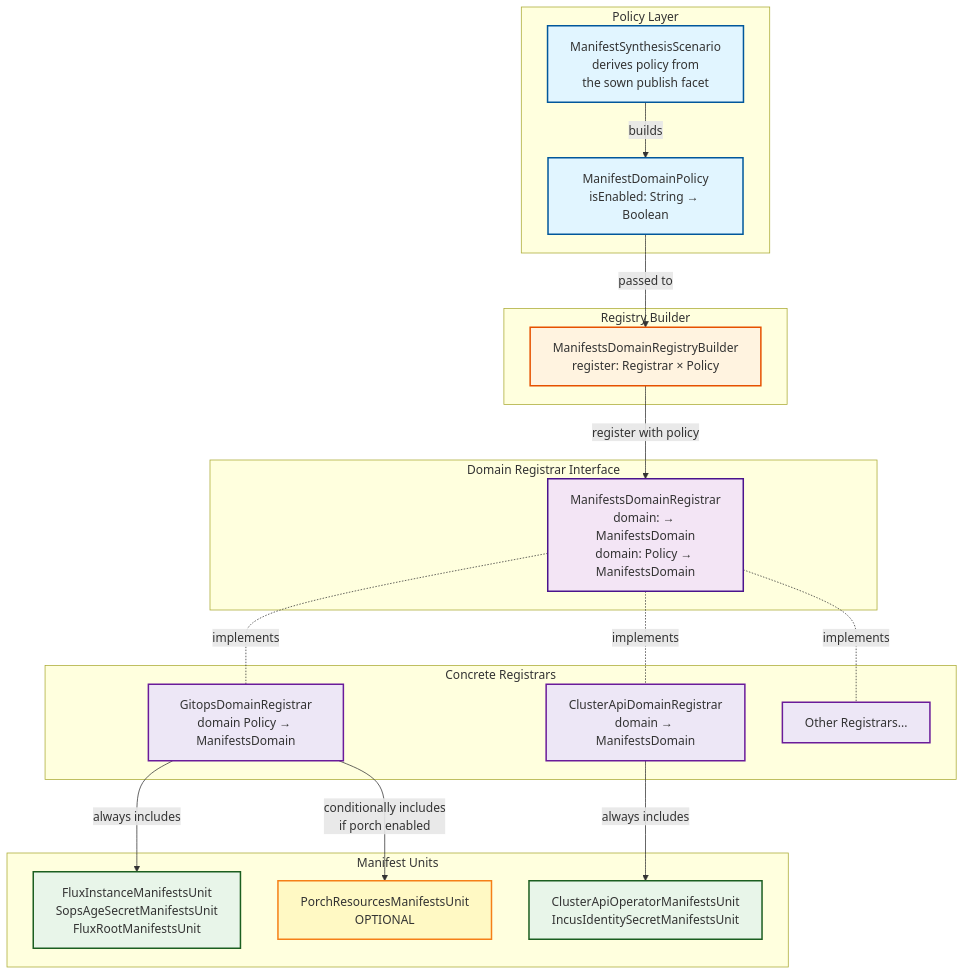
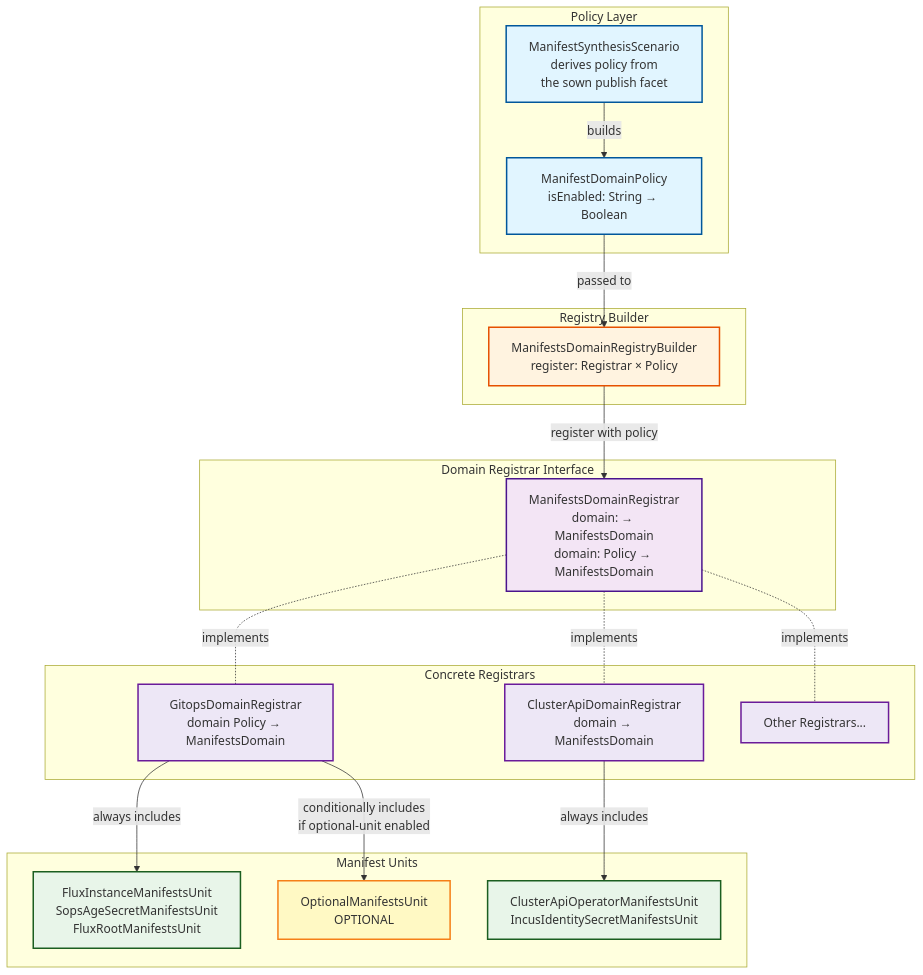
Before and after one commit to nxmatic/rke2lab: the second of 4 diagrams in docs/architecture/manifests/manifest-conditional-inclusion.adoc, drawn with Mermaid. The commit also changed other lines of this file and 1914 other files, not shown here.

```diff
--- a/docs/architecture/manifests/manifest-conditional-inclusion.adoc
+++ b/docs/architecture/manifests/manifest-conditional-inclusion.adoc
@@ -121,53 +122,53 @@
 [mermaid]
 ----
 graph TB
     subgraph "Policy Layer"
         MDP[ManifestDomainPolicy<br/>isEnabled: String → Boolean]
         CP[ManifestSynthesisScenario<br/>derives policy from<br/>the sown publish facet]
     end
 
     subgraph "Registry Builder"
         LDRB[ManifestsDomainRegistryBuilder<br/>register: Registrar × Policy]
     end
 
     subgraph "Domain Registrar Interface"
         LDR[ManifestsDomainRegistrar<br/>domain: → ManifestsDomain<br/>domain: Policy → ManifestsDomain]
     end
 
     subgraph "Concrete Registrars"
         GDR[GitopsDomainRegistrar<br/>domain Policy → ManifestsDomain]
         CDR[ClusterApiDomainRegistrar<br/>domain → ManifestsDomain]
         OTHER[Other Registrars...]
     end
 
     subgraph "Manifest Units"
         FLUX[FluxInstanceManifestsUnit<br/>SopsAgeSecretManifestsUnit<br/>FluxRootManifestsUnit]
-        PORCH[PorchResourcesManifestsUnit<br/>OPTIONAL]
+        OPT[OptionalManifestsUnit<br/>OPTIONAL]
         CAPI[ClusterApiOperatorManifestsUnit<br/>IncusIdentitySecretManifestsUnit]
     end
 
     CP -->|builds| MDP
     MDP -->|passed to| LDRB
     LDRB -->|register with policy| LDR
     LDR -.implements.- GDR
     LDR -.implements.- CDR
     LDR -.implements.- OTHER
 
     GDR -->|always includes| FLUX
-    GDR -->|conditionally includes<br/>if porch enabled| PORCH
+    GDR -->|conditionally includes<br/>if optional-unit enabled| OPT
     CDR -->|always includes| CAPI
 
     classDef policyClass fill:#e1f5ff,stroke:#01579b,stroke-width:2px
     classDef builderClass fill:#fff3e0,stroke:#e65100,stroke-width:2px
     classDef interfaceClass fill:#f3e5f5,stroke:#4a148c,stroke-width:2px
     classDef concreteClass fill:#ede7f6,stroke:#6a1b9a,stroke-width:2px
     classDef mandatoryUnit fill:#e8f5e9,stroke:#1b5e20,stroke-width:2px
     classDef optionalUnit fill:#fff9c4,stroke:#f57f17,stroke-width:2px
 
     class MDP,CP policyClass
     class LDRB builderClass
     class LDR interfaceClass
     class GDR,CDR,OTHER concreteClass
     class FLUX,CAPI mandatoryUnit
-    class PORCH optionalUnit
+    class OPT optionalUnit
 ----
```
